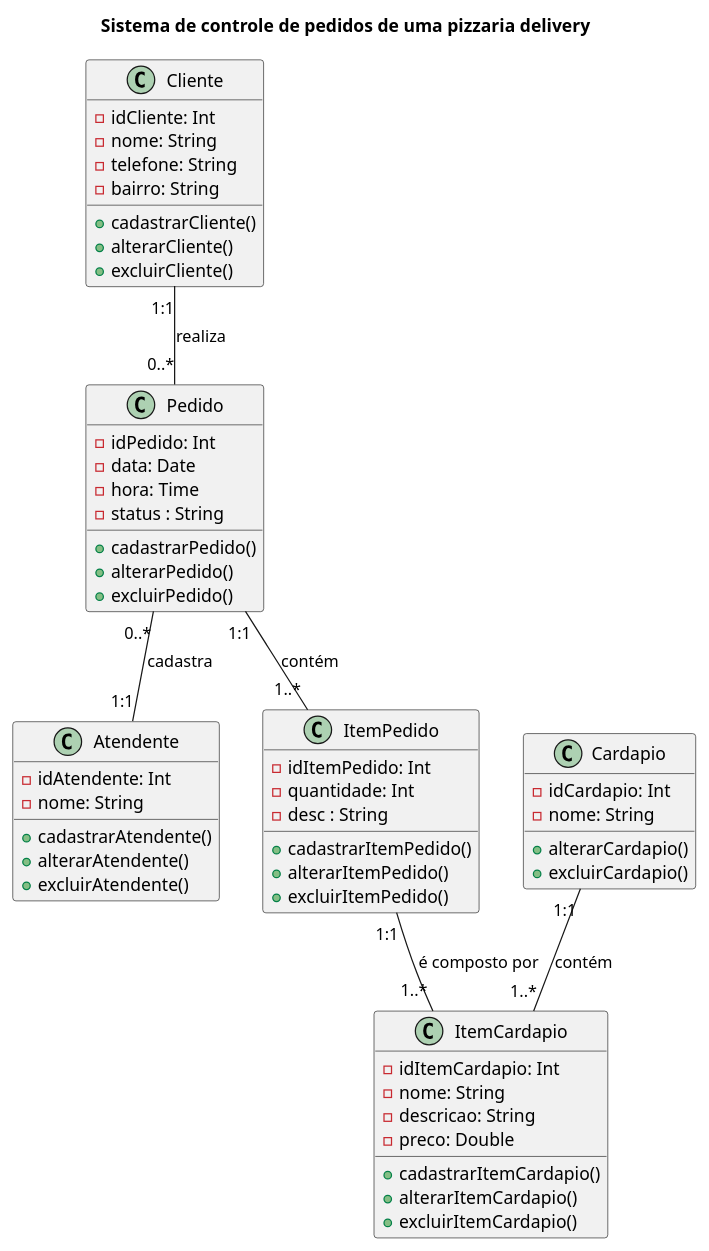
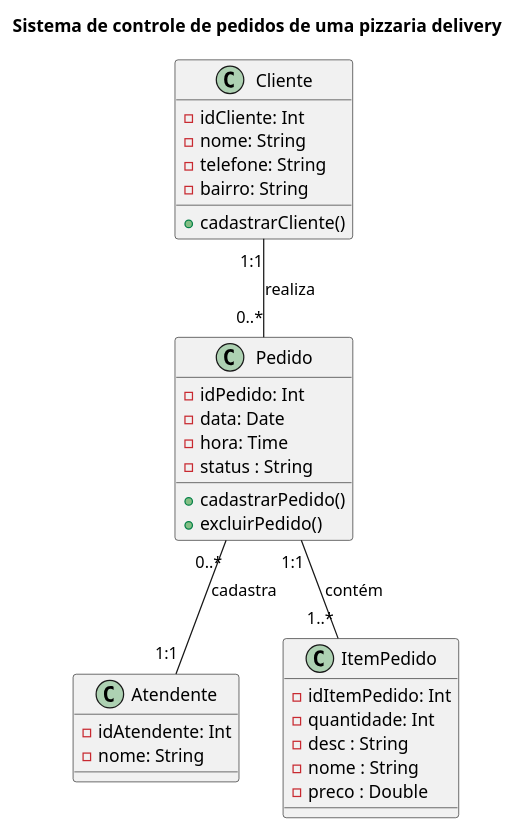
The diagram in trabalho_final/diagrama_classes/pizzaria.puml (luiz-david05/trabalho_finalAPS), drawn with PlantUML before and after one commit. The commit also changed 11 other files, not shown here.

```diff
--- a/trabalho_final/diagrama_classes/pizzaria.puml
+++ b/trabalho_final/diagrama_classes/pizzaria.puml
@@ -1,64 +1,38 @@
 @startuml Pizzaria
 title Sistema de controle de pedidos de uma pizzaria delivery
 
 class Cliente {
     - idCliente: Int
     - nome: String
     - telefone: String
     - bairro: String
     + cadastrarCliente()
-    + alterarCliente()
-    + excluirCliente()
 }
 
 class Atendente {
     - idAtendente: Int
     - nome: String
-    + cadastrarAtendente()
-    + alterarAtendente()
-    + excluirAtendente()
 }
 
 class Pedido {
     - idPedido: Int
     - data: Date
     - hora: Time
     - status : String
     + cadastrarPedido()
-    + alterarPedido()
     + excluirPedido()
 }
 
 class ItemPedido {
     - idItemPedido: Int
     - quantidade: Int
     - desc : String
-    + cadastrarItemPedido()
-    + alterarItemPedido()
-    + excluirItemPedido()
-}
-
-class ItemCardapio {
-    - idItemCardapio: Int
-    - nome: String
-    - descricao: String
-    - preco: Double
-    + cadastrarItemCardapio()
-    + alterarItemCardapio()
-    + excluirItemCardapio()
-}
-
-class Cardapio {
-    - idCardapio: Int
-    - nome: String
-    + alterarCardapio()
-    + excluirCardapio()
+    - nome : String
+    - preco : Double
 }
 
 Cliente "1:1" -- "0..*" Pedido: "realiza"
 Pedido "0..*" -- "1:1" Atendente: "cadastra"
 Pedido "1:1" -- "1..*" ItemPedido: "contém"
-ItemPedido "1:1" -- "1..*" ItemCardapio: "é composto por"
-Cardapio "1:1" -- "1..*" ItemCardapio: "contém"
 
 @enduml
```
